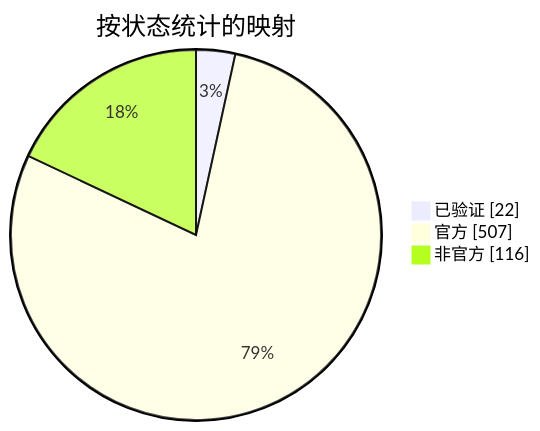
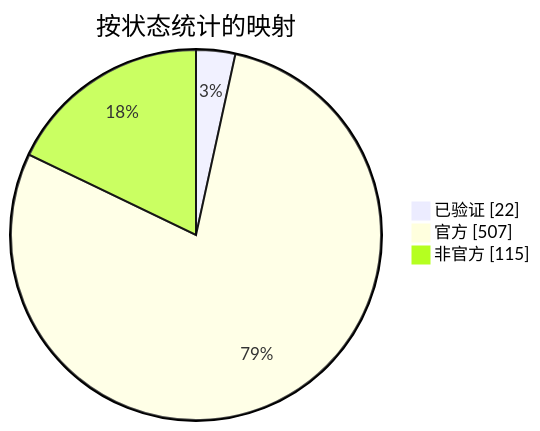
The diagram in docs/readme/README_ZHS.md (nobrega8/mbmap-library), drawn with Mermaid before and after one commit. The commit also changed 6 other files, not shown here.

````diff
--- a/docs/readme/README_ZHS.md
+++ b/docs/readme/README_ZHS.md
@@ -54,7 +54,7 @@
 ```mermaid
 pie showData
     title 按状态统计的映射
     "已验证" : 22
     "官方" : 507
-    "非官方" : 116
+    "非官方" : 115
 ```
````
